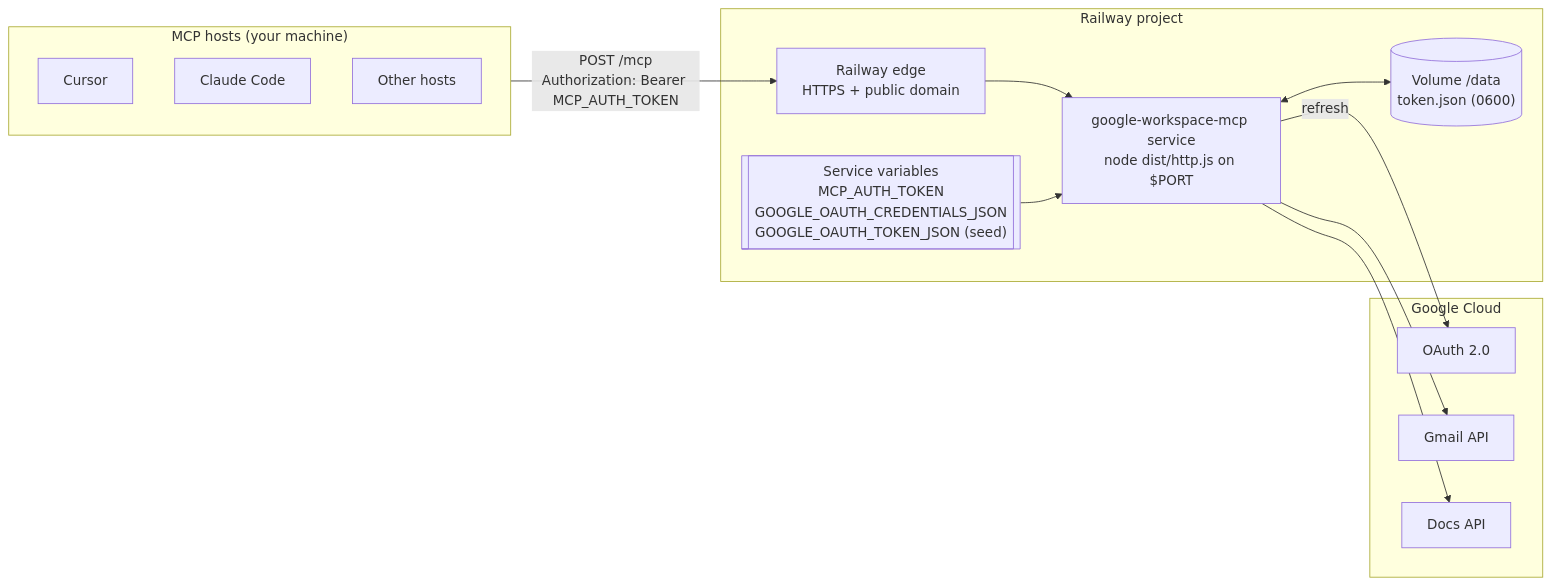
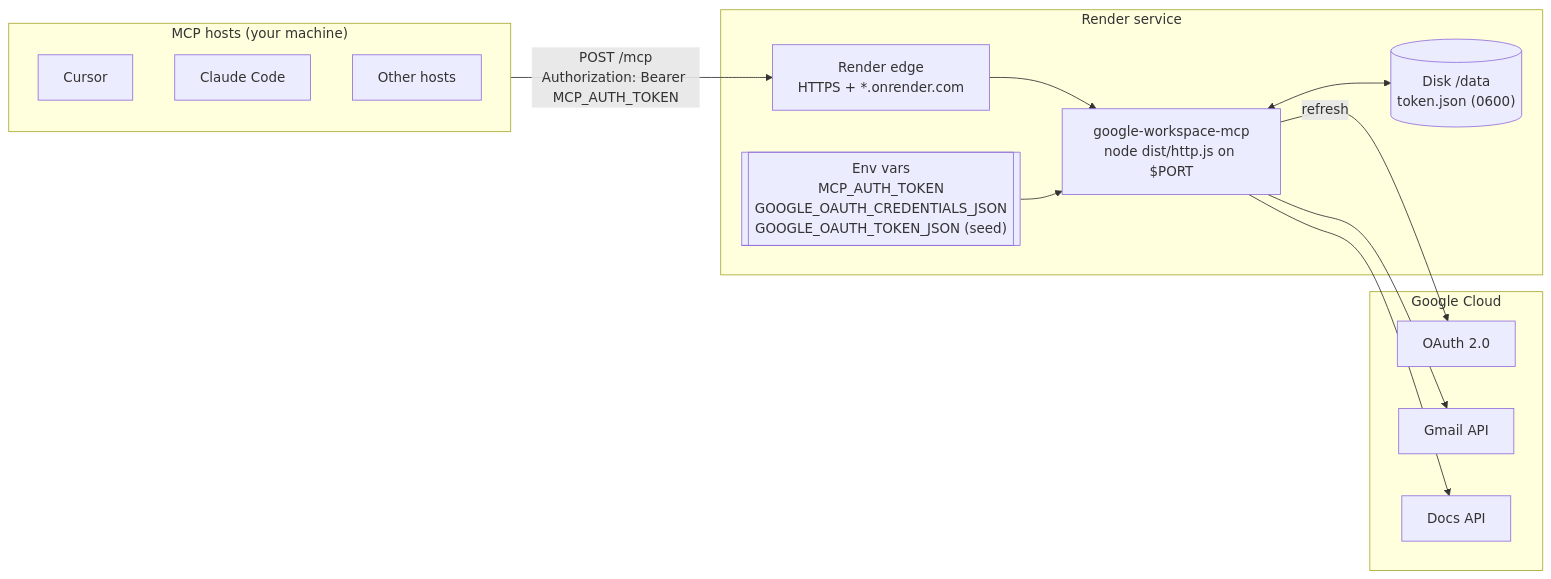
One commit to saksham20189575/mcp-server-6 changed the diagram in docs/deployment-plan.md. Above: the diagram before and after it, drawn with Mermaid. The commit also changed other lines of this file and 5 other files, not shown here.

````diff
--- a/docs/deployment-plan.md
+++ b/docs/deployment-plan.md
@@ -27,26 +27,26 @@
 ```mermaid
 flowchart LR
     subgraph Hosts["MCP hosts (your machine)"]
         Cursor
         ClaudeCode["Claude Code"]
         Other["Other hosts"]
     end
-    subgraph Railway["Railway project"]
-        Edge["Railway edge<br/>HTTPS + public domain"]
-        Svc["google-workspace-mcp service<br/>node dist/http.js on $PORT"]
-        Vol[("Volume /data<br/>token.json (0600)")]
-        Vars[["Service variables<br/>MCP_AUTH_TOKEN<br/>GOOGLE_OAUTH_CREDENTIALS_JSON<br/>GOOGLE_OAUTH_TOKEN_JSON (seed)"]]
+    subgraph Render["Render service"]
+        Edge["Render edge<br/>HTTPS + *.onrender.com"]
+        Svc["google-workspace-mcp<br/>node dist/http.js on $PORT"]
+        Vol[("Disk /data<br/>token.json (0600)")]
+        Vars[["Env vars<br/>MCP_AUTH_TOKEN<br/>GOOGLE_OAUTH_CREDENTIALS_JSON<br/>GOOGLE_OAUTH_TOKEN_JSON (seed)"]]
     end
     subgraph Google["Google Cloud"]
         OAuth["OAuth 2.0"]
         Gmail["Gmail API"]
         Docs["Docs API"]
     end
 
     Hosts -->|"POST /mcp<br/>Authorization: Bearer MCP_AUTH_TOKEN"| Edge --> Svc
     Vars --> Svc
     Svc <--> Vol
     Svc -->|refresh| OAuth
     Svc --> Gmail
     Svc --> Docs
 ```
````
